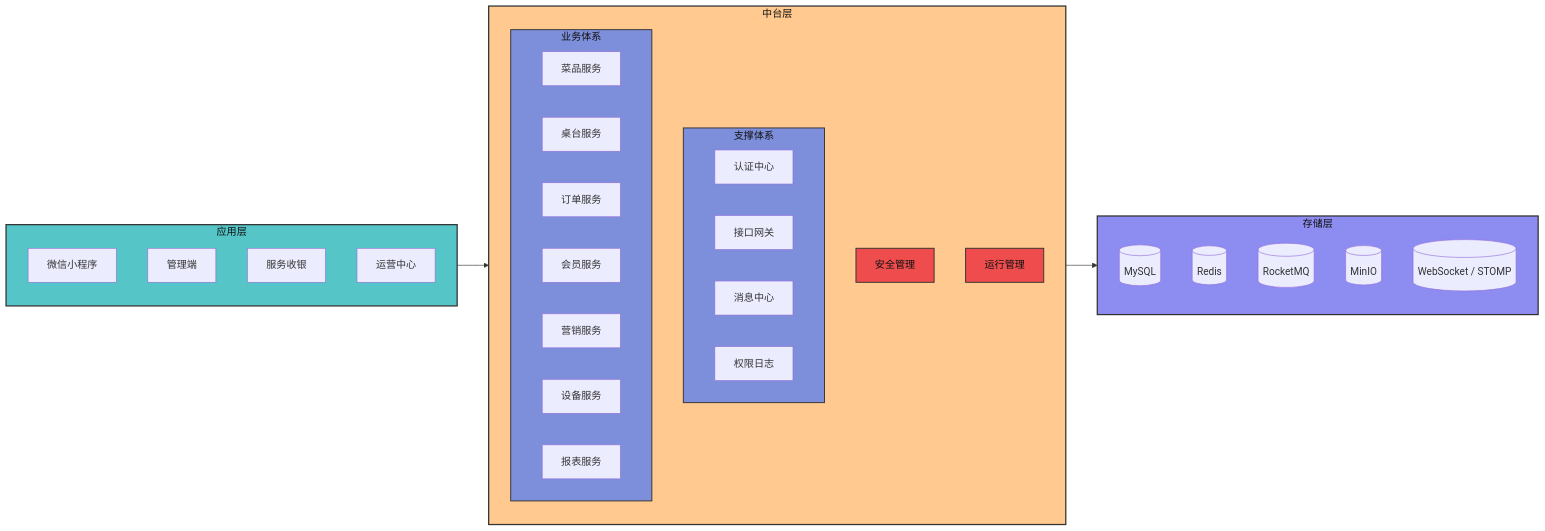
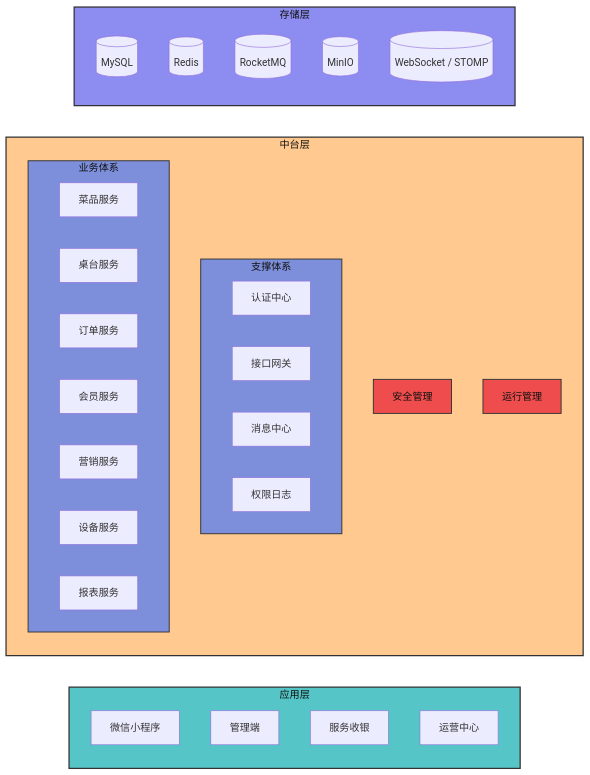
The second of 3 diagrams in readme.md (meisijiya/DIANCAN-SYSTEM), drawn with Mermaid before and after one commit. The commit also changed other lines of this file, not shown here.

Commit message:
修改文档的图

````diff
--- a/readme.md
+++ b/readme.md
@@ -294,50 +291,47 @@
 ```mermaid
 flowchart LR
     subgraph Top[应用层]
         MINI[微信小程序]
         ADMIN[管理端]
         CASHIER[服务收银]
         MANAGE[运营中心]
     end
 
     subgraph Middle[中台层]
         SAFE[安全管理]
         RUNTIME[运行管理]
 
         subgraph Support[支撑体系]
             S1[认证中心]
             S2[接口网关]
             S3[消息中心]
             S4[权限日志]
         end
 
         subgraph Biz[业务体系]
             B1[菜品服务]
             B2[桌台服务]
             B3[订单服务]
             B4[会员服务]
             B5[营销服务]
             B6[设备服务]
             B7[报表服务]
         end
     end
 
     subgraph Bottom[存储层]
         DB[(MySQL)]
         CACHE[(Redis)]
         ROCKET[(RocketMQ)]
         OSS[(MinIO)]
         PUSH[(WebSocket / STOMP)]
     end
 
-    Top --> Middle
-    Middle --> Bottom
-
     style Top fill:#55c5c7,stroke:#333,stroke-width:2px,color:#111
     style Middle fill:#ffc98f,stroke:#333,stroke-width:2px,color:#111
     style Bottom fill:#8d8cf0,stroke:#333,stroke-width:2px,color:#111
     style Support fill:#7d8fda,stroke:#333,stroke-width:1.5px,color:#111
     style Biz fill:#7d8fda,stroke:#333,stroke-width:1.5px,color:#111
     style SAFE fill:#ef4d4d,stroke:#333,stroke-width:1.5px,color:#111
     style RUNTIME fill:#ef4d4d,stroke:#333,stroke-width:1.5px,color:#111
 ```
````
